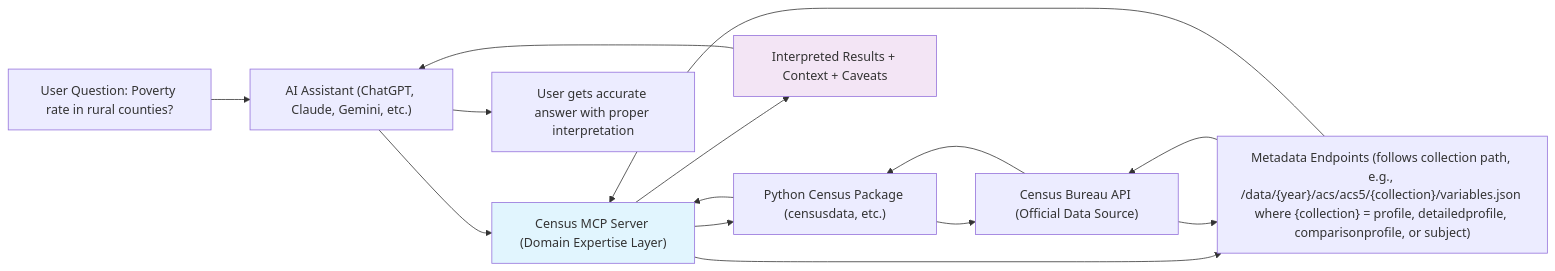
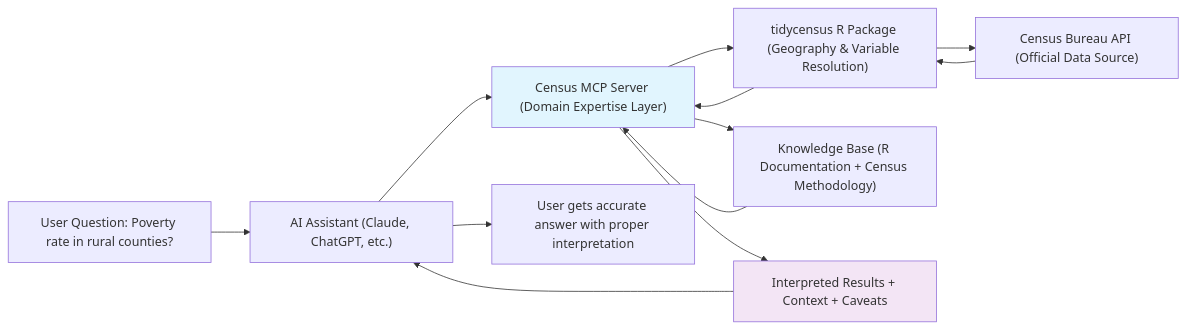
The diagram in README.md (saikrmet/open-census-mcp-server), drawn with Mermaid before and after one commit. The commit also changed other lines of this file and 5 other files, not shown here.

````diff
--- a/README.md
+++ b/README.md
@@ -28,19 +68,17 @@
 ```mermaid
 graph LR
-    A["User Question: Poverty rate in rural counties?"] --> B["AI Assistant (ChatGPT, Claude, Gemini, etc.)"]
+    A["User Question: Poverty rate in rural counties?"] --> B["AI Assistant (Claude, ChatGPT, etc.)"]
     B --> C["Census MCP Server (Domain Expertise Layer)"]
-    C --> D["Python Census Package (censusdata, etc.)"]
-    C --> H["Metadata Endpoints (follows collection path, e.g., /data/{year}/acs/acs5/{collection}/variables.json where {collection} = profile, detailedprofile, comparisonprofile, or subject)"]
+    C --> D["tidycensus R Package (Geography & Variable Resolution)"]
+    C --> H["Knowledge Base (R Documentation + Census Methodology)"]
     D --> E["Census Bureau API (Official Data Source)"]
-    H --> E
+    H --> C
     E --> D
-    E --> H
     D --> C
-    H --> C
     C --> F["Interpreted Results + Context + Caveats"]
     F --> B
     B --> G["User gets accurate answer with proper interpretation"]
     
     style C fill:#e1f5fe
     style F fill:#f3e5f5
 ```
````
